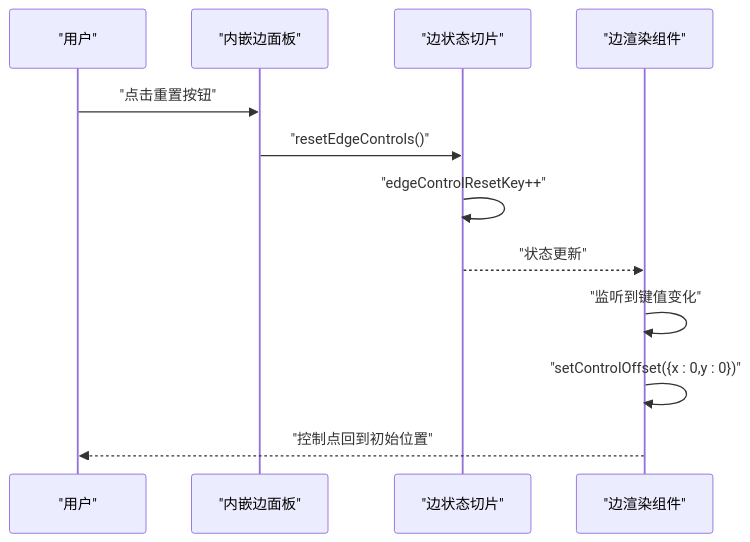
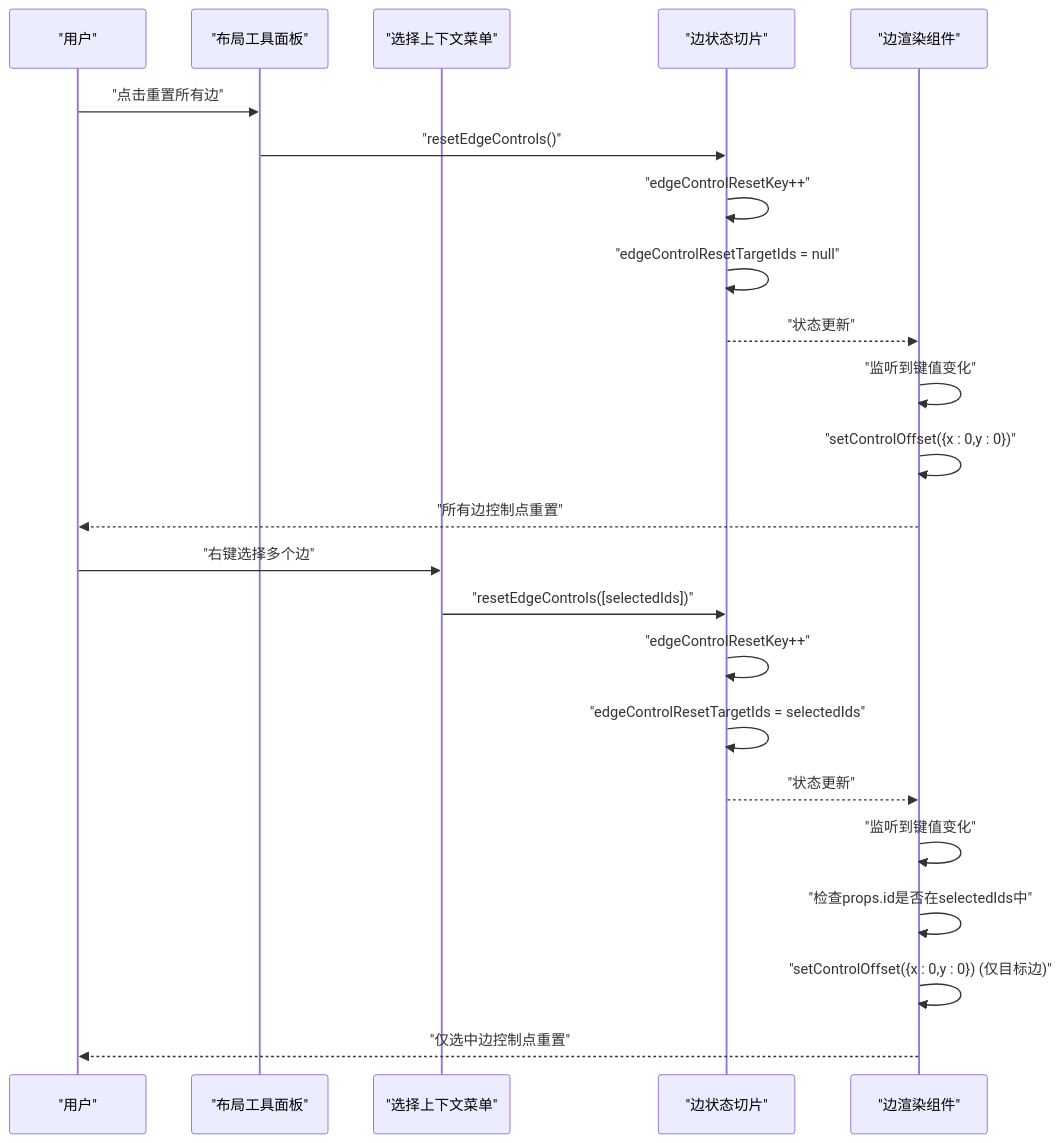
The fourth of 5 diagrams in .qoder/repowiki/zh/content/核心概念/数据模型/状态管理类型/边状态切片.md (kqcoxn/MaaPipelineEditor), drawn with Mermaid before and after one commit. The commit also changed other lines of this file and 22 other files, not shown here.

````diff
--- a/.qoder/repowiki/zh/content/核心概念/数据模型/状态管理类型/边状态切片.md
+++ b/.qoder/repowiki/zh/content/核心概念/数据模型/状态管理类型/边状态切片.md
@@ -180,14 +224,25 @@
 ```mermaid
 sequenceDiagram
 participant U as "用户"
-participant P as "内嵌边面板"
+participant LP as "布局工具面板"
+participant SC as "选择上下文菜单"
 participant S as "边状态切片"
 participant R as "边渲染组件"
-U->>P : "点击重置按钮"
-P->>S : "resetEdgeControls()"
+U->>LP : "点击重置所有边"
+LP->>S : "resetEdgeControls()"
 S->>S : "edgeControlResetKey++"
+S->>S : "edgeControlResetTargetIds = null"
 S-->>R : "状态更新"
 R->>R : "监听到键值变化"
 R->>R : "setControlOffset({x : 0,y : 0})"
-R-->>U : "控制点回到初始位置"
+R-->>U : "所有边控制点重置"
+U->>SC : "右键选择多个边"
+SC->>S : "resetEdgeControls([selectedIds])"
+S->>S : "edgeControlResetKey++"
+S->>S : "edgeControlResetTargetIds = selectedIds"
+S-->>R : "状态更新"
+R->>R : "监听到键值变化"
+R->>R : "检查props.id是否在selectedIds中"
+R->>R : "setControlOffset({x : 0,y : 0}) (仅目标边)"
+R-->>U : "仅选中边控制点重置"
 ```
````
